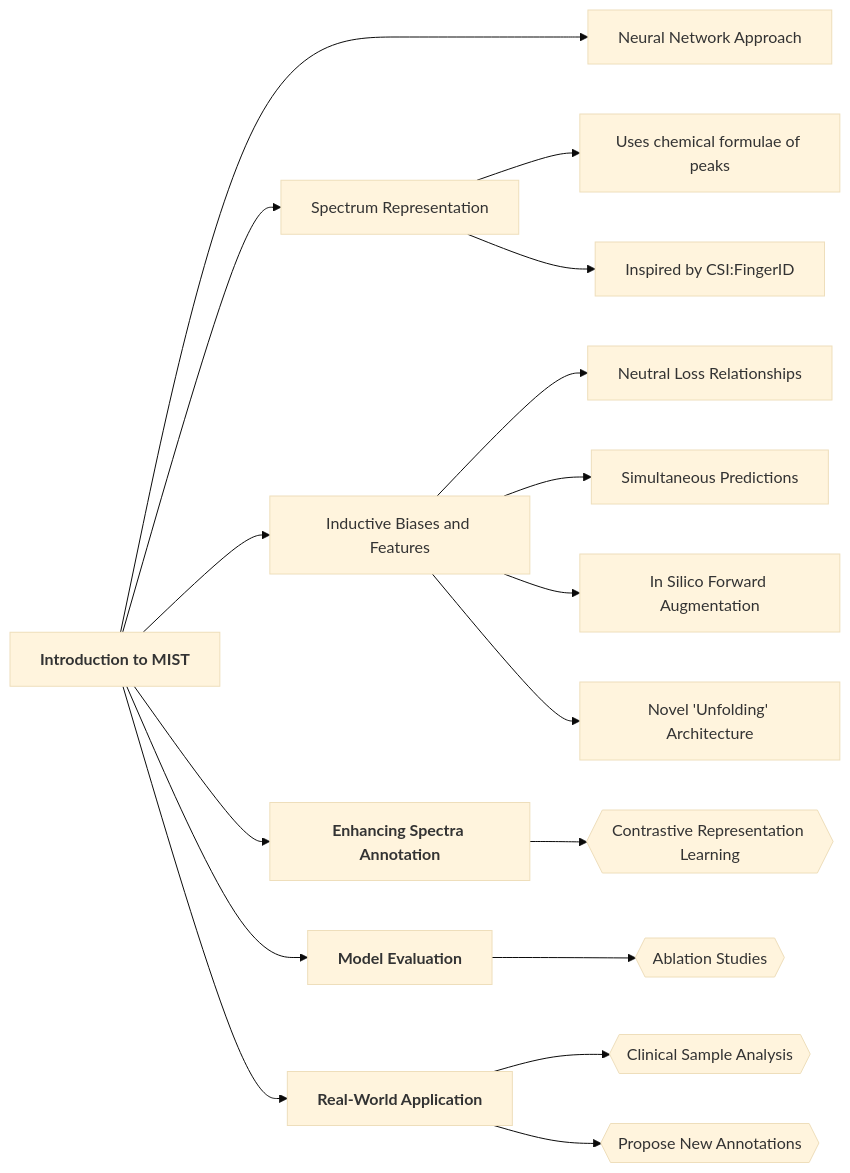
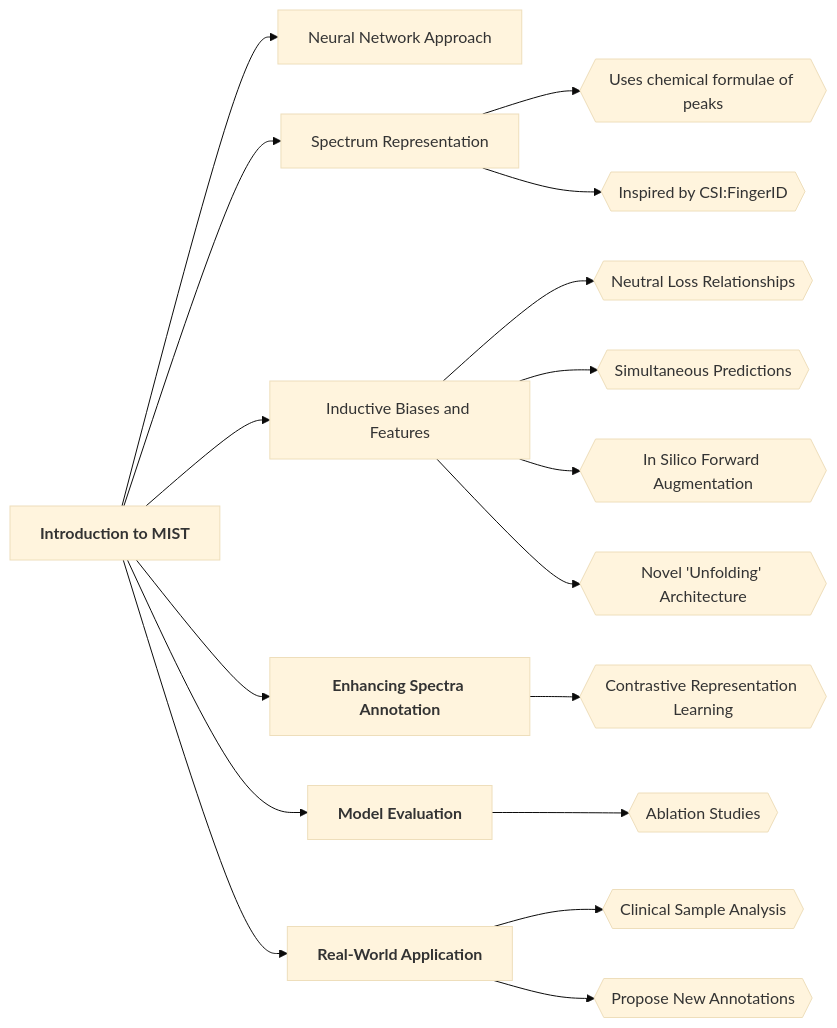
One commit to lamalab-org/toolminutes changed the diagram in papers/Metabolite_MS_Transformer/annotating-metabolite-mass-spectra-with-domain-inspired-chemical-formula-transformers.md. Above: the diagram before and after it, drawn with Mermaid (base theme).

````diff
--- a/papers/Metabolite_MS_Transformer/annotating-metabolite-mass-spectra-with-domain-inspired-chemical-formula-transformers.md
+++ b/papers/Metabolite_MS_Transformer/annotating-metabolite-mass-spectra-with-domain-inspired-chemical-formula-transformers.md
@@ -7,25 +7,25 @@
 ```mermaid
 %%{init: {"flowchart": {"htmlLabels": true}} }%%
 flowchart LR;
 
-Introduction_MIST["<b><center>Introduction to MIST</center></b>"] ---> Neural_Network_Approach["Neural Network Approach"];
+Introduction_MIST["<b><center>Introduction to MIST</center></b>"] --> Neural_Network_Approach["Neural Network Approach"];
 Introduction_MIST --> Spectrum_Representation["Spectrum Representation"];
 Introduction_MIST --> Inductive_Biases_and_Features["Inductive Biases and Features"];
-Inductive_Biases_and_Features --> Neutral_Loss_Relationships["Neutral Loss Relationships"];
-Inductive_Biases_and_Features --> Simultaneous_Predictions["Simultaneous Predictions"];
-Inductive_Biases_and_Features --> In_Silico_Forward_Augmentation["In Silico Forward Augmentation"];
-Inductive_Biases_and_Features --> Novel_Unfolding_Architecture["Novel 'Unfolding' Architecture"];
-Spectrum_Representation --> Chemical_Formulae_of_Peaks["Uses chemical formulae of peaks"];
-Spectrum_Representation --> Inspired_by_CSI_FingerID["Inspired by CSI:FingerID"];
+Inductive_Biases_and_Features --> Neutral_Loss_Relationships{{"Neutral Loss Relationships"}};
+Inductive_Biases_and_Features --> Simultaneous_Predictions{{"Simultaneous Predictions"}};
+Inductive_Biases_and_Features --> In_Silico_Forward_Augmentation{{"In Silico Forward Augmentation"}};
+Inductive_Biases_and_Features --> Novel_Unfolding_Architecture{{"Novel 'Unfolding' Architecture"}};
+Spectrum_Representation --> Chemical_Formulae_of_Peaks{{"Uses chemical formulae of peaks"}};
+Spectrum_Representation --> Inspired_by_CSI_FingerID{{"Inspired by CSI:FingerID"}};
 
 Introduction_MIST --> Enhancing_Spectra_Annotation["<b><center>Enhancing Spectra Annotation</center></b>"];
 Enhancing_Spectra_Annotation --> Contrastive_Representation_Learning{{"Contrastive Representation Learning"}};
 
 Introduction_MIST --> Model_Evaluation["<b><center>Model Evaluation</center></b>"];
 Model_Evaluation --> Ablation_Studies{{"Ablation Studies"}};
 
 Introduction_MIST --> Real_World_Application["<b><center>Real-World Application</center></b>"];
 Real_World_Application --> Clinical_Sample_Analysis{{"Clinical Sample Analysis"}};
 Real_World_Application --> Propose_New_Annotations{{"Propose New Annotations"}}
 
 ```
````
